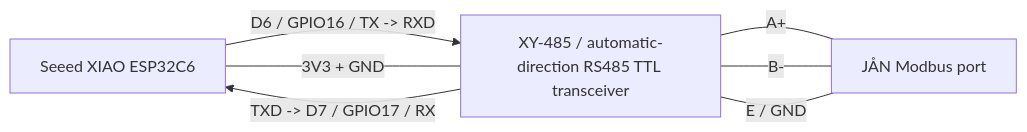
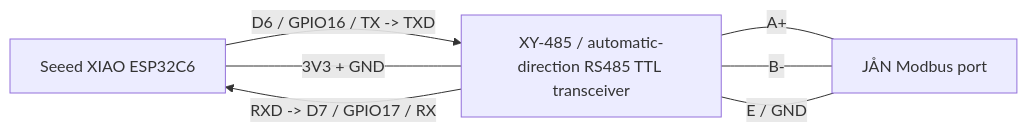
One commit to GroteGehaktBal/adlar-aurora3-esphome changed the diagram in docs/wiring.md. Above: the diagram before and after it, drawn with Mermaid. The commit also changed 7 other files, not shown here.

````diff
--- a/docs/wiring.md
+++ b/docs/wiring.md
@@ -9,13 +9,13 @@
 ```mermaid
 flowchart LR
   XIAO["Seeed XIAO ESP32C6"]
   RS485["XY-485 / automatic-direction RS485 TTL transceiver"]
   JAN["JÅN Modbus port"]
 
-  XIAO -- "D6 / GPIO16 / TX -> RXD" --> RS485
-  RS485 -- "TXD -> D7 / GPIO17 / RX" --> XIAO
+  XIAO -- "D6 / GPIO16 / TX -> TXD" --> RS485
+  RS485 -- "RXD -> D7 / GPIO17 / RX" --> XIAO
   XIAO -- "3V3 + GND" --- RS485
   RS485 -- "A+" --- JAN
   RS485 -- "B-" --- JAN
   RS485 -- "E / GND" --- JAN
 ```
````
